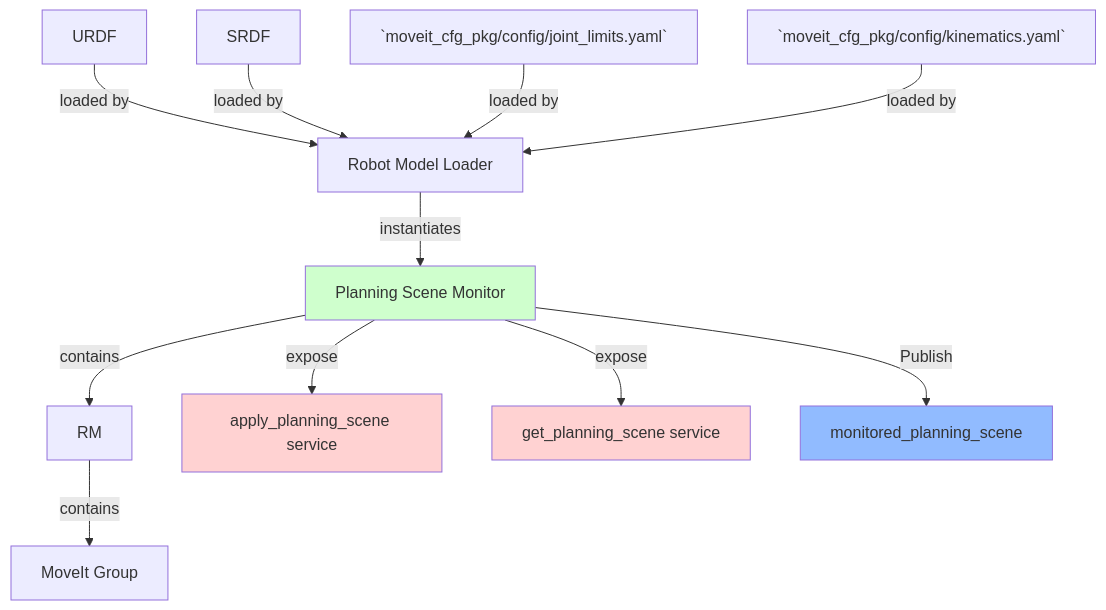
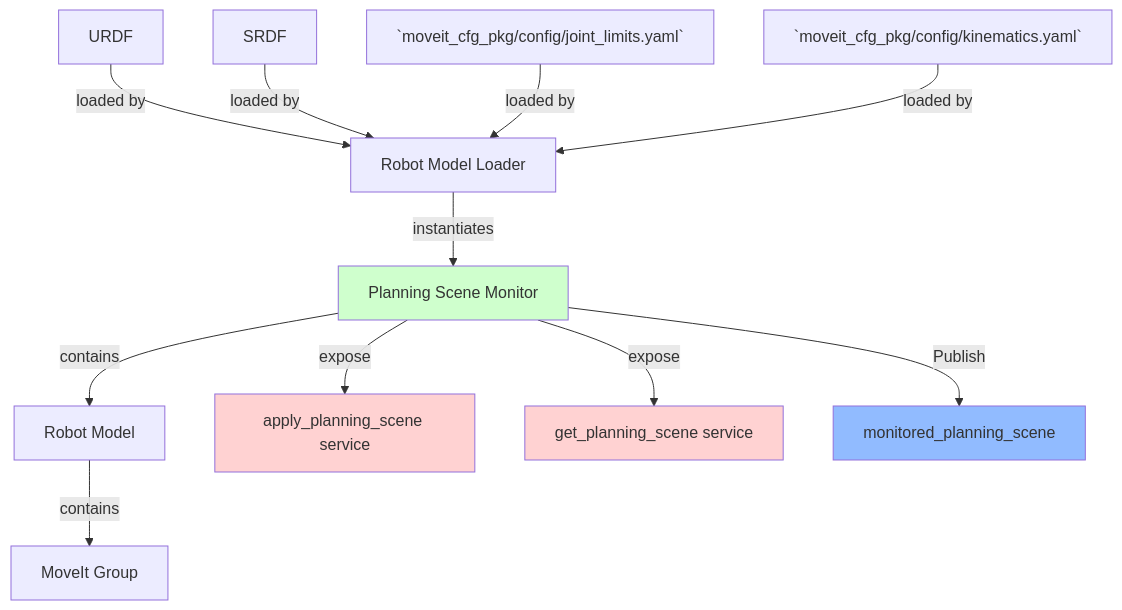
One commit to rafaelrojasmiliani/moveit_tutorial changed the third of 3 diagrams in 02_planning_scene/readme.md. Above: the diagram before and after it, drawn with Mermaid. The commit also changed other lines of this file, not shown here.

````diff
--- a/02_planning_scene/readme.md
+++ b/02_planning_scene/readme.md
@@ -126,18 +128,18 @@
 ```mermaid
 graph TD;
     URDF -- loaded by --> RML[Robot Model Loader];
     SRDF -- loaded by --> RML;
     J[`moveit_cfg_pkg/config/joint_limits.yaml`] -- loaded by --> RML;
     K[`moveit_cfg_pkg/config/kinematics.yaml`] -- loaded by --> RML;
     RML -- instantiates --> PSM[Planning Scene Monitor];
     RM -- contains --> MG[MoveIt Group];
-    PSM -- contains --> RM;
+    PSM -- contains --> RM[Robot Model];
     PSM -- expose --> APSS[apply_planning_scene service]
     PSM -- expose --> GPSS[get_planning_scene service]
     PSM -- Publish --> MPS[monitored_planning_scene]
 
     style PSM fill:#CFFFCD;
     style APSS fill:#FFD2D2;
     style GPSS fill:#FFD2D2;
     style MPS fill:#91bbff;
 ```
````
